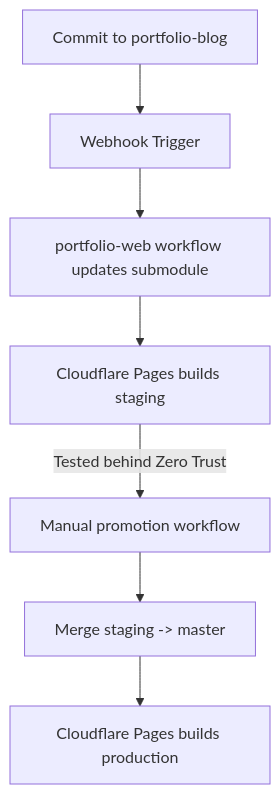
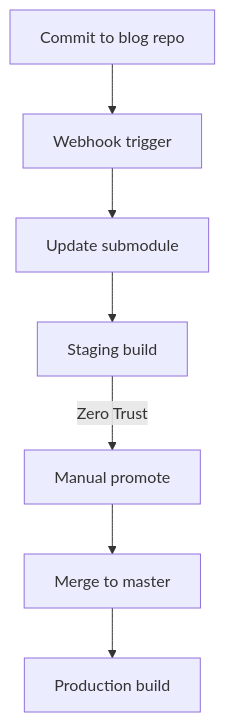
One commit to Alexzander-Hurd/Portfolio-Web changed the diagram in README.md. Above: the diagram before and after it, drawn with Mermaid.

Commit message:
shortened mermaid labels

````diff
--- a/README.md
+++ b/README.md
@@ -101,9 +101,9 @@
 ```mermaid
 flowchart TD
-  A[Commit to portfolio-blog] --> B[Webhook Trigger]
-  B --> C[portfolio-web workflow updates submodule]
-  C --> D[Cloudflare Pages builds staging]
-  D -->|Tested behind Zero Trust| E[Manual promotion workflow]
-  E --> F[Merge staging -> master]
-  F --> G[Cloudflare Pages builds production]
+  A[Commit to blog repo] --> B[Webhook trigger]
+  B --> C[Update submodule]
+  C --> D[Staging build]
+  D -->|Zero Trust| E[Manual promote]
+  E --> F[Merge to master]
+  F --> G[Production build]
 ```
````
